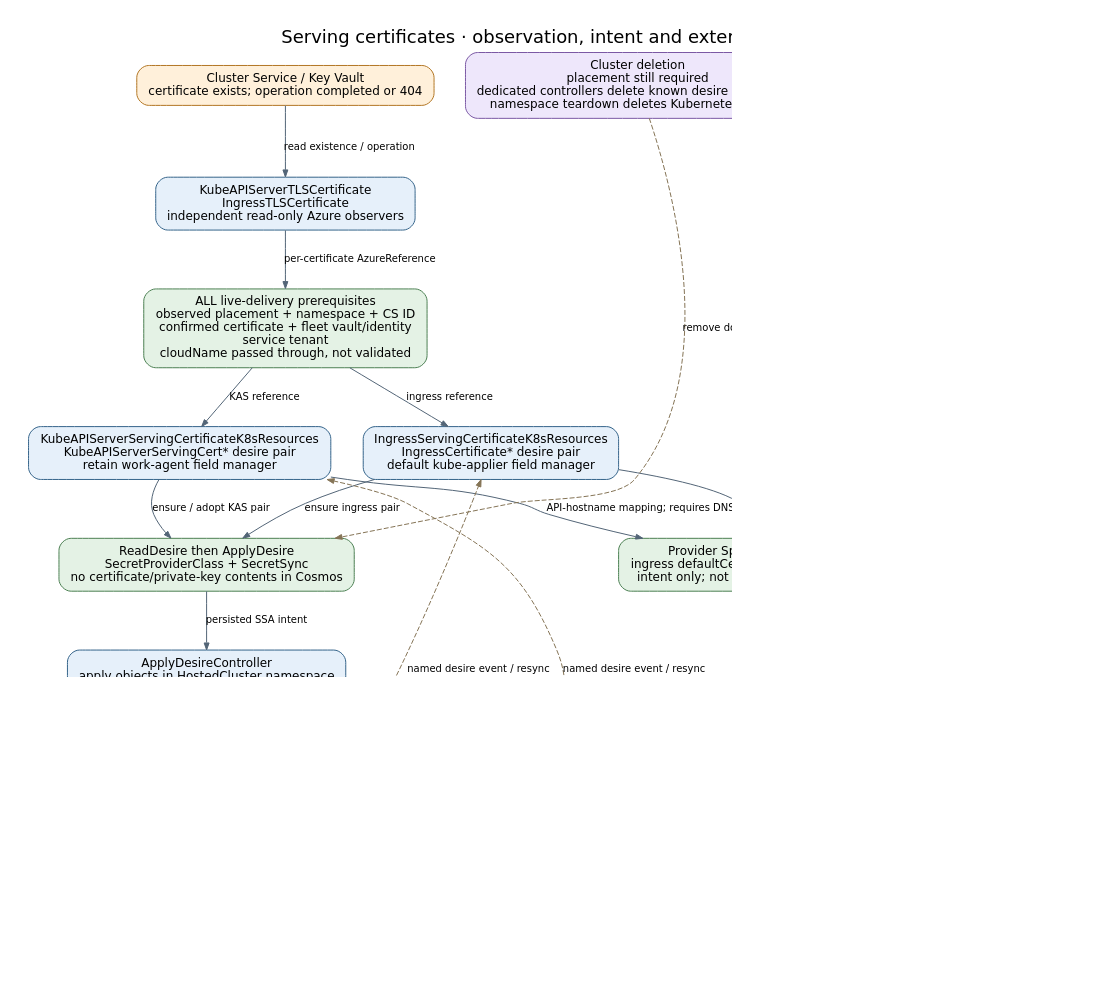
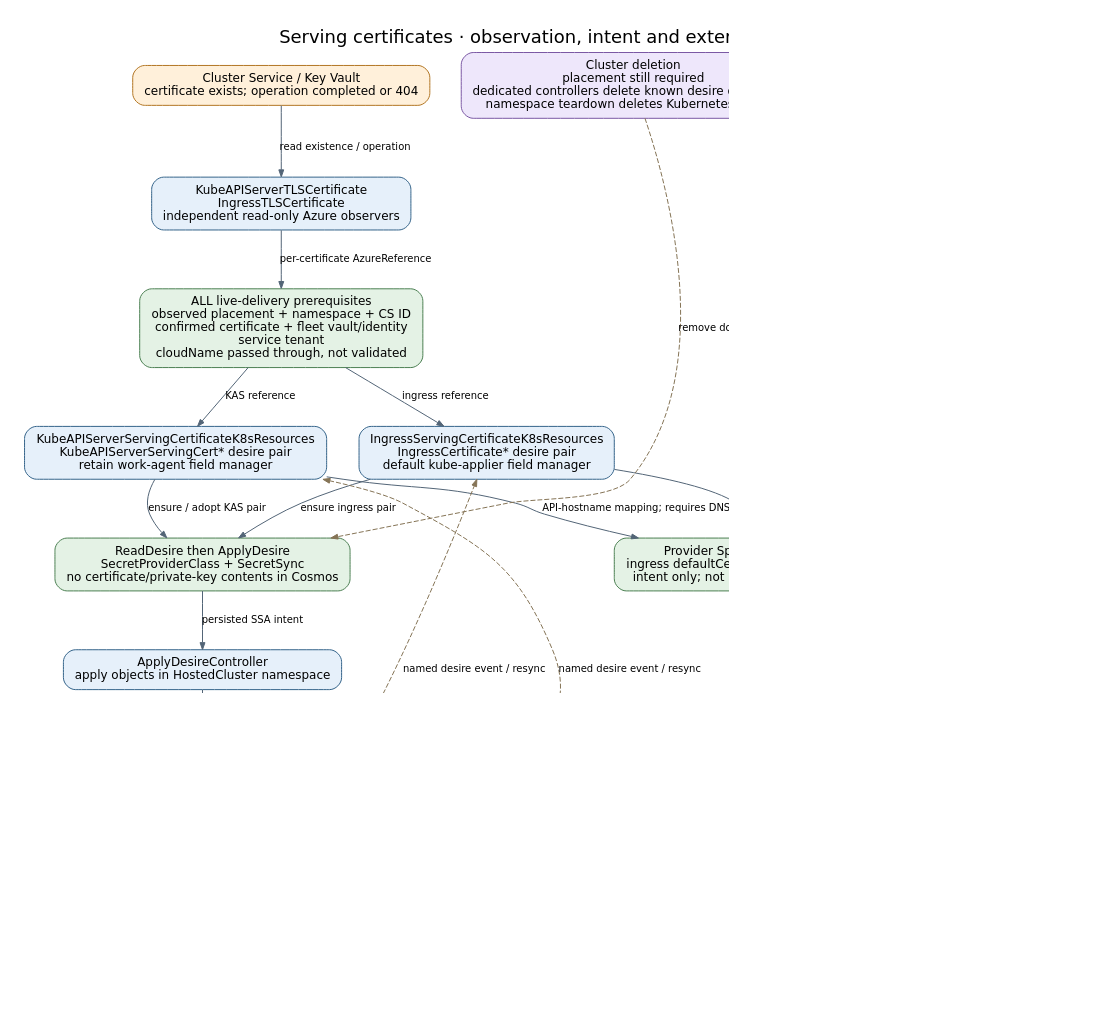
The diagram in docs/generated/diagrams/controller-flows/serving-certificate-delivery.dot (Azure/ARO-HCP), drawn with Graphviz before and after one commit. The commit also changed 38 other files, not shown here.

```diff
--- a/docs/generated/diagrams/controller-flows/serving-certificate-delivery.dot
+++ b/docs/generated/diagrams/controller-flows/serving-certificate-delivery.dot
@@ -1,34 +1,34 @@
 digraph serving_certificate_delivery {
   graph [rankdir=TB, bgcolor="white", pad="0.3", nodesep="0.45", ranksep="0.65", fontname="DejaVu Sans", fontsize=18, labelloc=t, label="Serving certificates · observation, intent and external delivery", dpi=110];
   node [shape=box, style="rounded,filled", fillcolor="#e6f0fa", color="#35648a", fontname="DejaVu Sans", fontsize=12, margin="0.16,0.10"];
   edge [color="#536577", fontname="DejaVu Sans", fontsize=10, arrowsize=0.7];
   vault [label="Cluster Service / Key Vault\ncertificate exists; operation completed or 404", fillcolor="#fff0da", color="#b27624"];
   observe [label="KubeAPIServerTLSCertificate\nIngressTLSCertificate\nindependent read-only Azure observers"];
   gates [label="ALL live-delivery prerequisites\nobserved placement + namespace + CS ID\nconfirmed certificate + fleet vault/identity\nservice tenant\ncloudName passed through, not validated", fillcolor="#e4f2e5", color="#4c8053"];
   ingress [label="IngressServingCertificateK8sResources\nIngressCertificate* desire pair\ndefault kube-applier field manager"];
   kas [label="KubeAPIServerServingCertificateK8sResources\nKubeAPIServerServingCert* desire pair\nretain work-agent field manager"];
   intents [label="ReadDesire then ApplyDesire\nSecretProviderClass + SecretSync\nno certificate/private-key contents in Cosmos", fillcolor="#e4f2e5", color="#4c8053"];
   kube [label="ApplyDesireController\napply objects in HostedCluster namespace"];
   sync [label="External secret-sync / Key Vault\nmaterialize named TLS Secret", fillcolor="#fff0da", color="#b27624"];
   dns [label="DNS allocation / backfill: persisted base domain\n+ customer DNS prefix\nBOTH nonempty", fillcolor="#e4f2e5", color="#4c8053"];
   desired [label="Provider Spec.DesiredHostedCluster\ningress defaultCertificate / API named certificate\nintent only; not a live apply acknowledgement", fillcolor="#e4f2e5", color="#4c8053"];
   mirror [label="ReadDesireKubernetesController\nmirror SecretSync / HostedCluster observations"];
-  completion [label="OperationClusterCreate\ningress SecretCreated + IngressDefaultCertificateSynced\nplus other existing create gates\nno new dedicated KAS-delivery predicate"];
+  completion [label="OperationClusterCreate\ningress SecretSync: successful observation\n+ nonzero lastSuccessfulSyncTime\nAND IngressDefaultCertificateSynced = True\nplus other existing create gates\nno new dedicated KAS-delivery predicate"];
   deletion [label="Cluster deletion\nplacement still required\ndedicated controllers delete known desire documents\nnamespace teardown deletes Kubernetes objects", fillcolor="#eee7fb", color="#7b59a4"];
   vault -> observe [label="read existence / operation"];
   observe -> gates [label="per-certificate AzureReference"];
   gates -> ingress [label="ingress reference"];
   gates -> kas [label="KAS reference"];
   ingress -> intents [label="ensure ingress pair"];
   kas -> intents [label="ensure / adopt KAS pair"];
   intents -> kube [label="persisted SSA intent"];
   kube -> sync [label="supporting Kubernetes objects"];
   ingress -> desired [label="ingress defaultCertificate"];
   kas -> desired [label="API-hostname mapping; requires DNS"];
   dns -> desired [label="KAS mapping only; not secret delivery"];
   sync -> mirror [label="SecretSync status", style=dashed, color="#857456"];
   mirror -> completion [label="ingress delivery / synchronization gates"];
   mirror -> ingress [label="named desire event / resync", style=dashed, color="#857456", constraint=false];
   mirror -> kas [label="named desire event / resync", style=dashed, color="#857456", constraint=false];
   deletion -> intents [label="remove documents, not objects", style=dashed, color="#857456", constraint=false];
 }
```
